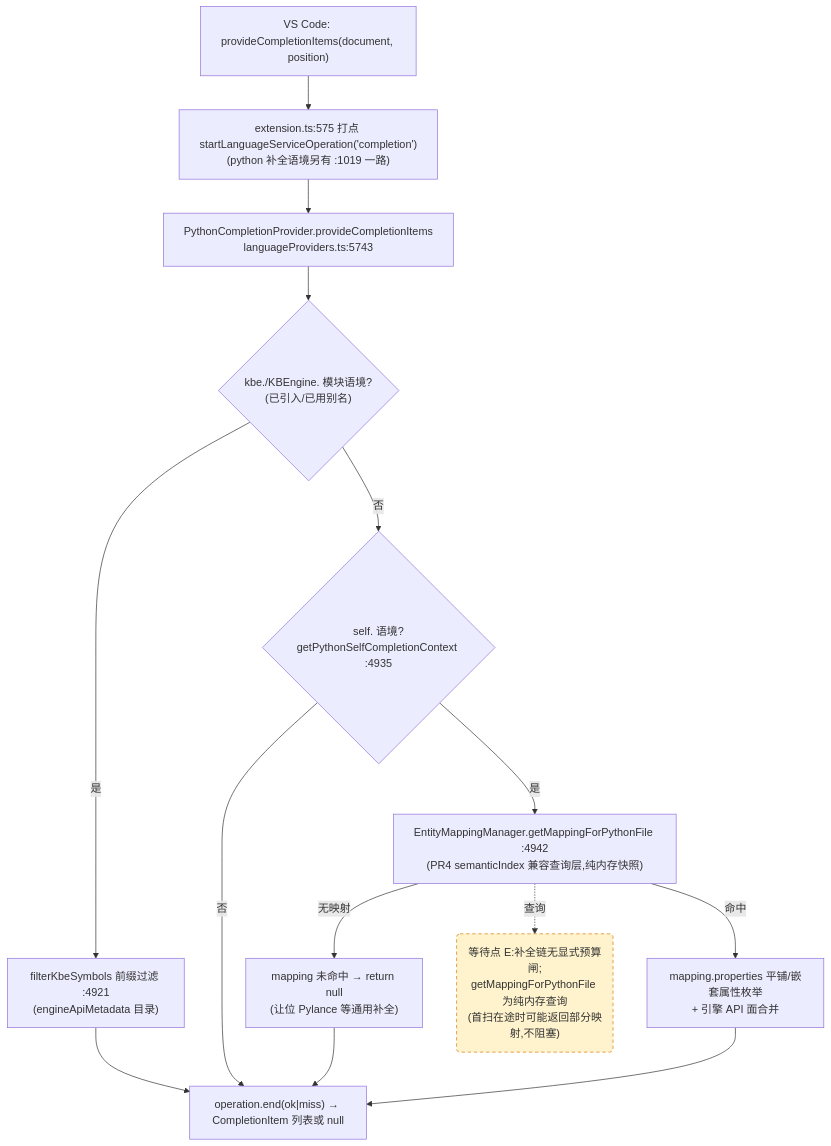
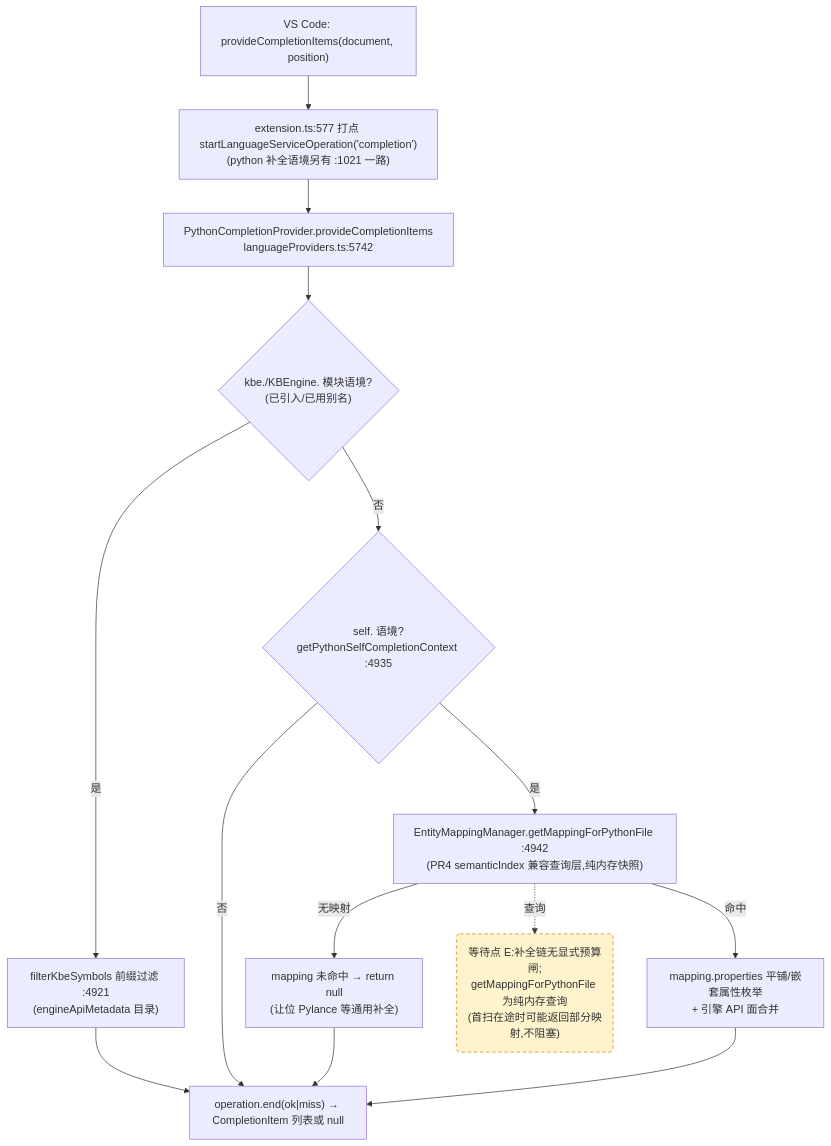
One commit to cuihairu/kode changed the third of 4 diagrams in docs/perf/2026-baseline.md. Above: the diagram before and after it, drawn with Mermaid. The commit also changed other lines of this file and 17 other files, not shown here.

Commit message:
refactor: split schema core and presentation

````diff
--- a/docs/perf/2026-baseline.md
+++ b/docs/perf/2026-baseline.md
@@ -184,27 +184,27 @@
 ```mermaid
 flowchart TD
   VC3["VS Code: provideCompletionItems(document, position)"]
-  M3["extension.ts:575 打点 startLanguageServiceOperation('completion')<br/>(python 补全语境另有 :1019 一路)"]
-  CP["PythonCompletionProvider.provideCompletionItems<br/>languageProviders.ts:5743"]
+  M3["extension.ts:577 打点 startLanguageServiceOperation('completion')<br/>(python 补全语境另有 :1021 一路)"]
+  CP["PythonCompletionProvider.provideCompletionItems<br/>languageProviders.ts:5742"]
   KBEC{"kbe./KBEngine. 模块语境?<br/>(已引入/已用别名)"}
   FILTER["filterKbeSymbols 前缀过滤 :4921<br/>(engineApiMetadata 目录)"]
   SELFC{"self. 语境?<br/>getPythonSelfCompletionContext :4935"}
   MAP["EntityMappingManager.getMappingForPythonFile :4942<br/>(PR4 semanticIndex 兼容查询层,纯内存快照)"]
   NOMAP["mapping 未命中 → return null<br/>(让位 Pylance 等通用补全)"]
   PROPS["mapping.properties 平铺/嵌套属性枚举<br/>+ 引擎 API 面合并"]
   END3["operation.end(ok|miss) → CompletionItem 列表或 null"]
 
   VC3 --> M3 --> CP --> KBEC
   KBEC -- "是" --> FILTER --> END3
   KBEC -- "否" --> SELFC
   SELFC -- "否" --> END3
   SELFC -- "是" --> MAP
   MAP -- "无映射" --> NOMAP --> END3
   MAP -- "命中" --> PROPS --> END3
 
   WAITE("等待点 E:补全链无显式预算闸;<br/>getMappingForPythonFile 为纯内存查询<br/>(首扫在途时可能返回部分映射,不阻塞)")
   MAP -.->|查询| WAITE
 
   classDef waitPoint fill:#fff3cd,stroke:#d97706,stroke-dasharray:5 4;
   class WAITE waitPoint;
 ```
````
